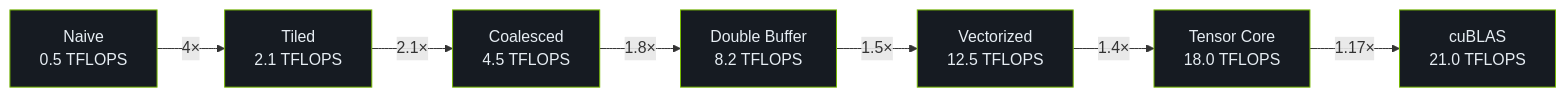
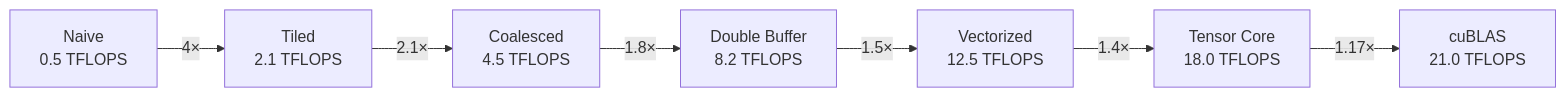
The diagram in docs/en/modules/03/gemm-optimization.md (LessUp/cuda-kernel-academy), drawn with Mermaid before and after one commit. The commit also changed 45 other files, not shown here.

````diff
--- a/docs/en/modules/03/gemm-optimization.md
+++ b/docs/en/modules/03/gemm-optimization.md
@@ -11,17 +11,10 @@
 ```mermaid
 flowchart LR
     Naive["Naive<br/>0.5 TFLOPS"] -->|"4×"| Tiled["Tiled<br/>2.1 TFLOPS"]
     Tiled -->|"2.1×"| Coalesced["Coalesced<br/>4.5 TFLOPS"]
     Coalesced -->|"1.8×"| DoubleBuffer["Double Buffer<br/>8.2 TFLOPS"]
     DoubleBuffer -->|"1.5×"| Vectorized["Vectorized<br/>12.5 TFLOPS"]
     Vectorized -->|"1.4×"| TensorCore["Tensor Core<br/>18.0 TFLOPS"]
     TensorCore -->|"1.17×"| CuBLAS["cuBLAS<br/>21.0 TFLOPS"]
 
-    style Naive fill:#161b22,stroke:#76B900,color:#e6edf3
-    style Tiled fill:#161b22,stroke:#76B900,color:#e6edf3
-    style Coalesced fill:#161b22,stroke:#76B900,color:#e6edf3
-    style DoubleBuffer fill:#161b22,stroke:#76B900,color:#e6edf3
-    style Vectorized fill:#161b22,stroke:#76B900,color:#e6edf3
-    style TensorCore fill:#161b22,stroke:#76B900,color:#e6edf3
-    style CuBLAS fill:#161b22,stroke:#76B900,color:#e6edf3
 ```
````
